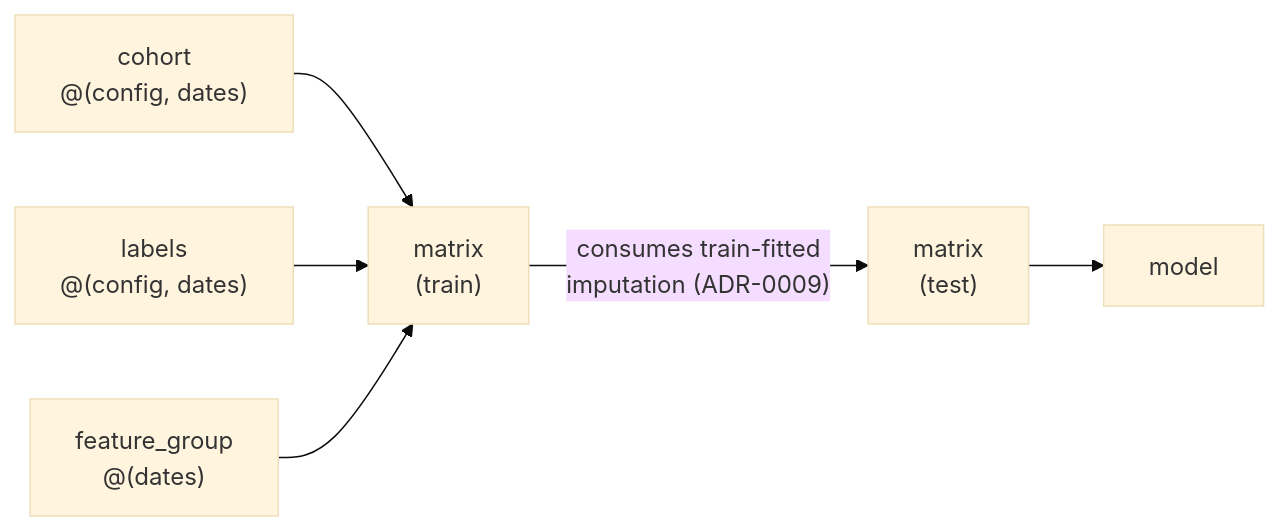
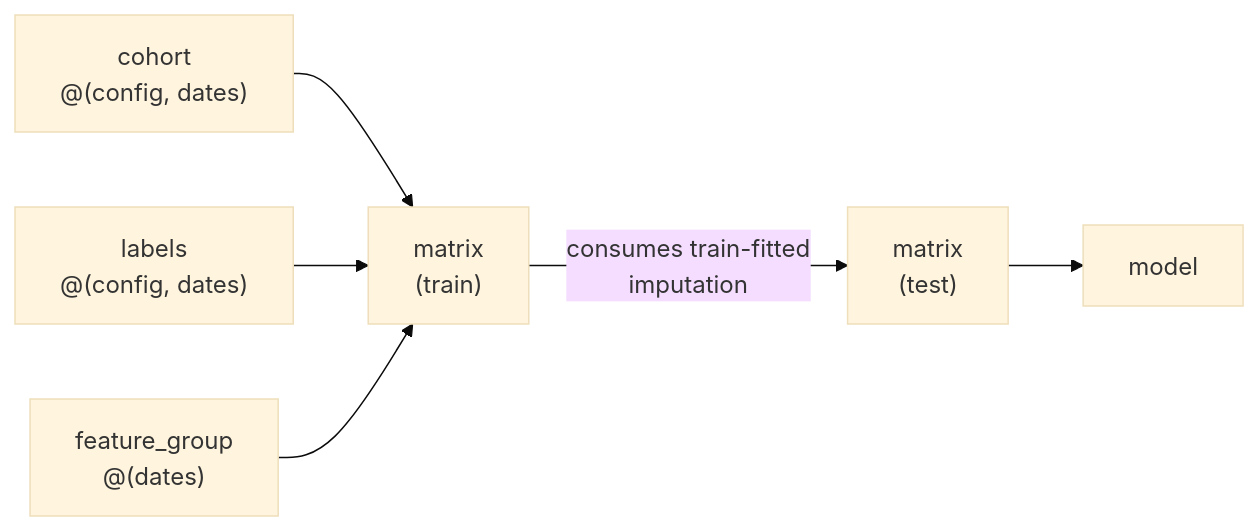
Before and after one commit to ccd-ia/triage-pg: the diagram in docs-site/src/content/docs/concepts/identity-and-caching.md, drawn with Mermaid (base theme). The commit also changed other lines of this file and 17 other files, not shown here.

````diff
--- a/docs-site/src/content/docs/concepts/identity-and-caching.md
+++ b/docs-site/src/content/docs/concepts/identity-and-caching.md
@@ -50,8 +50,8 @@
 ```mermaid
 flowchart LR
   C["cohort<br/>@(config, dates)"] --> MT["matrix<br/>(train)"]
   L["labels<br/>@(config, dates)"] --> MT
   F["feature_group<br/>@(dates)"] --> MT
-  MT -->|"consumes train-fitted<br/>imputation (ADR-0009)"| MX["matrix<br/>(test)"]
+  MT -->|"consumes train-fitted<br/>imputation"| MX["matrix<br/>(test)"]
   MX --> MD["model"]
 ```
````
